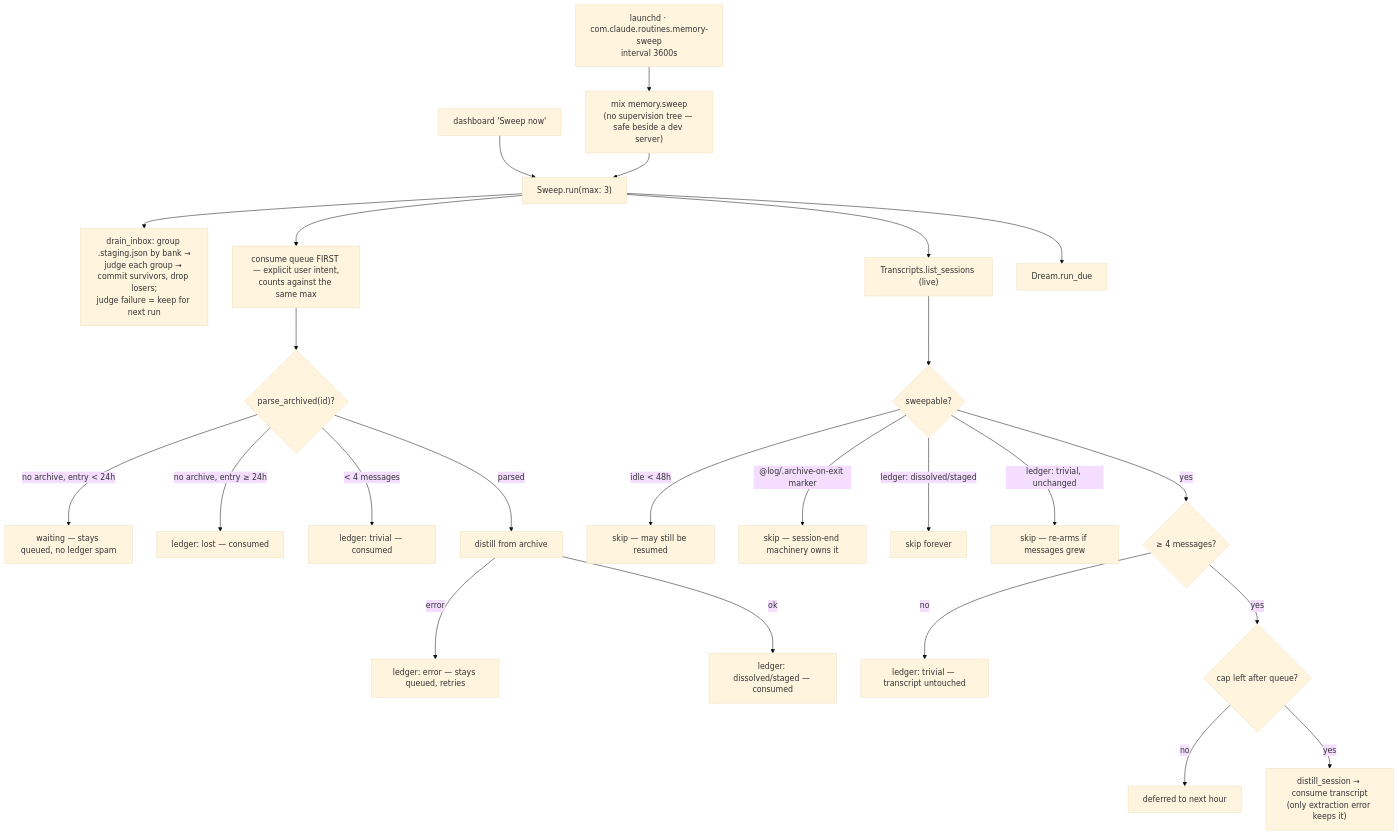
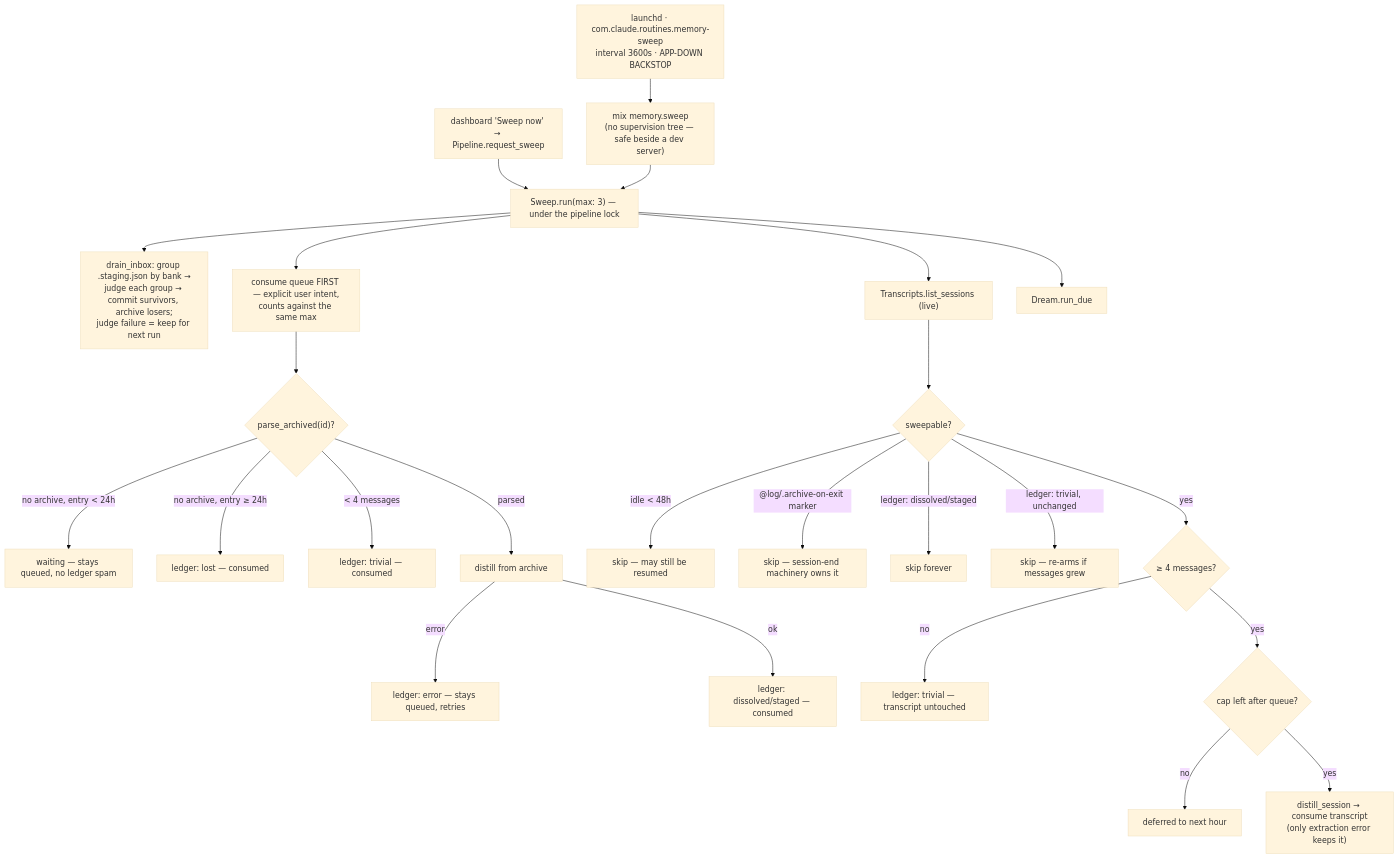
One commit to jgeschwendt/orrery changed the fifth of 8 diagrams in lib/orrery/memory.md. Above: the diagram before and after it, drawn with Mermaid (base theme). The commit also changed other lines of this file and 9 other files, not shown here.

````diff
--- a/lib/orrery/memory.md
+++ b/lib/orrery/memory.md
@@ -200,31 +295,31 @@
 ```mermaid
 flowchart TD
-    L["launchd · com.claude.routines.memory-sweep<br/>interval 3600s"] --> MX["mix memory.sweep<br/>(no supervision tree — safe beside a dev server)"]
-    UI2["dashboard 'Sweep now'"] --> RUN
-    MX --> RUN["Sweep.run(max: 3)"]
+    L["launchd · com.claude.routines.memory-sweep<br/>interval 3600s · APP-DOWN BACKSTOP"] --> MX["mix memory.sweep<br/>(no supervision tree — safe beside a dev server)"]
+    UI2["dashboard 'Sweep now' → Pipeline.request_sweep"] --> RUN
+    MX --> RUN["Sweep.run(max: 3) — under the pipeline lock"]
 
-    RUN --> IB["drain_inbox: group .staging.json by bank →<br/>judge each group → commit survivors, drop losers;<br/>judge failure = keep for next run"]
+    RUN --> IB["drain_inbox: group .staging.json by bank →<br/>judge each group → commit survivors, archive losers;<br/>judge failure = keep for next run"]
 
     RUN --> QC["consume queue FIRST — explicit user intent,<br/>counts against the same max"]
     QC --> QA{"parse_archived(id)?"}
     QA -->|"no archive, entry < 24h"| QW["waiting — stays queued, no ledger spam"]
     QA -->|"no archive, entry ≥ 24h"| QL["ledger: lost — consumed"]
     QA -->|"< 4 messages"| QT["ledger: trivial — consumed"]
     QA -->|parsed| QD["distill from archive"]
     QD -->|error| QE["ledger: error — stays queued, retries"]
     QD -->|ok| QOK["ledger: dissolved/staged — consumed"]
 
     RUN --> LS["Transcripts.list_sessions (live)"]
     LS --> SQ{"sweepable?"}
     SQ -->|"idle < 48h"| NO1[skip — may still be resumed]
     SQ -->|"@log/.archive-on-exit marker"| NO2[skip — session-end machinery owns it]
     SQ -->|"ledger: dissolved/staged"| NO3[skip forever]
     SQ -->|"ledger: trivial, unchanged"| NO4["skip — re-arms if messages grew"]
     SQ -->|yes| MC{"≥ 4 messages?"}
     MC -->|no| TRIV["ledger: trivial — transcript untouched"]
     MC -->|yes| CAP{"cap left after queue?"}
     CAP -->|no| DEF[deferred to next hour]
     CAP -->|yes| D2["distill_session → consume transcript<br/>(only extraction error keeps it)"]
 
     RUN --> CD["Dream.run_due"]
 ```
````
